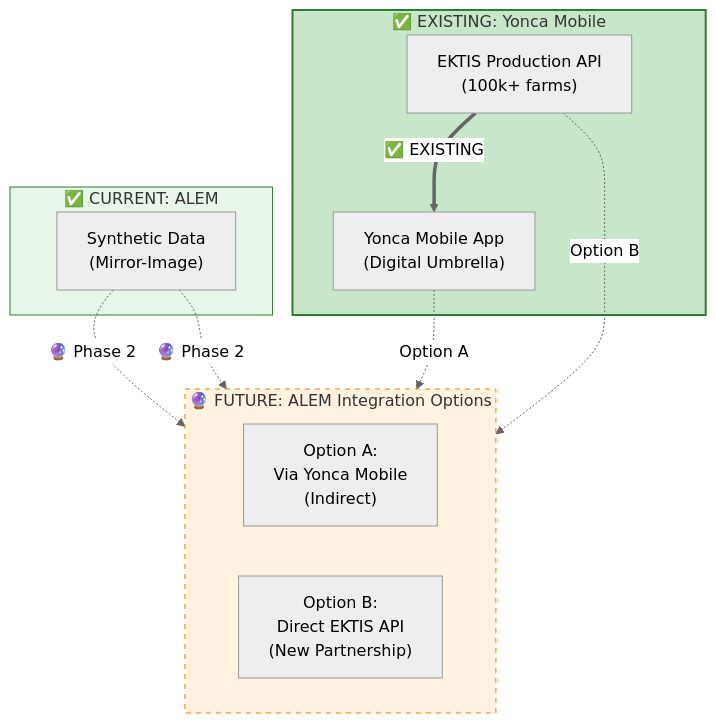
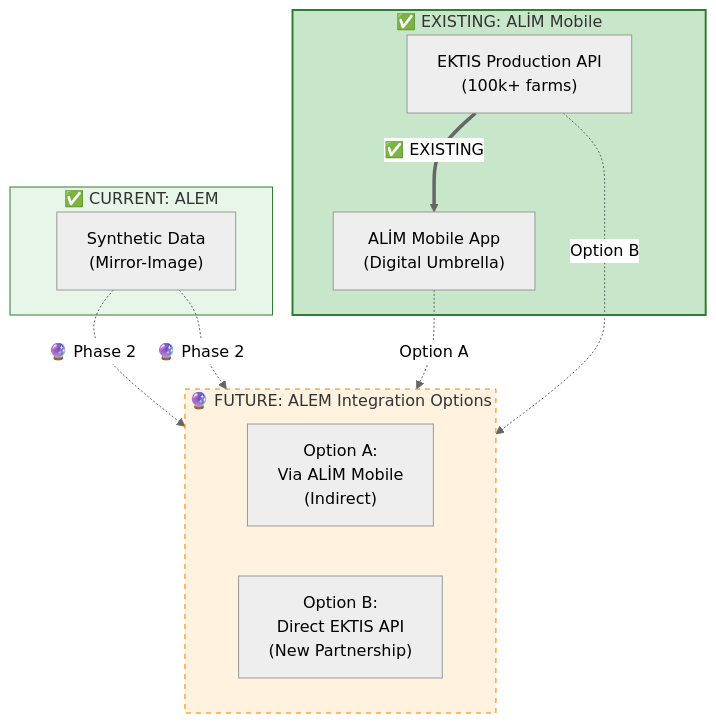
Before and after one commit to Px8Studio/yonja: the third of 10 diagrams in docs/zekalab/18-ENTERPRISE-INTEGRATION-ROADMAP.md, drawn with Mermaid. The commit also changed other lines of this file and 259 other files, not shown here.

````diff
--- a/docs/zekalab/18-ENTERPRISE-INTEGRATION-ROADMAP.md
+++ b/docs/zekalab/18-ENTERPRISE-INTEGRATION-ROADMAP.md
@@ -82,28 +82,28 @@
 ```mermaid
 %%{init: {'theme': 'neutral'}}%%
 flowchart TB
-    subgraph existing["✅ EXISTING: Yonca Mobile"]
-        yonca["Yonca Mobile App<br/>(Digital Umbrella)"]
+    subgraph existing["✅ EXISTING: ALİM Mobile"]
+        ALİM["ALİM Mobile App<br/>(Digital Umbrella)"]
         ektis_prod["EKTIS Production API<br/>(100k+ farms)"]
     end
 
     subgraph current["✅ CURRENT: ALEM"]
         synthetic["Synthetic Data<br/>(Mirror-Image)"]
     end
 
     subgraph future["🔮 FUTURE: ALEM Integration Options"]
         direction LR
-        option_a["Option A:<br/>Via Yonca Mobile<br/>(Indirect)"]
+        option_a["Option A:<br/>Via ALİM Mobile<br/>(Indirect)"]
         option_b["Option B:<br/>Direct EKTIS API<br/>(New Partnership)"]
     end
 
-    ektis_prod ==>|"✅ EXISTING"| yonca
+    ektis_prod ==>|"✅ EXISTING"| ALİM
     synthetic -.->|"🔮 Phase 2"| option_a
     synthetic -.->|"🔮 Phase 2"| option_b
-    yonca -.->|"Option A"| option_a
+    ALİM -.->|"Option A"| option_a
     ektis_prod -.->|"Option B"| option_b
 
     style existing fill:#c8e6c9,stroke:#2e7d32,stroke-width:2px
     style current fill:#e8f5e9,stroke:#2e7d32
     style future fill:#fff3e0,stroke:#f57c00,stroke-dasharray: 5 5
 ```
````
